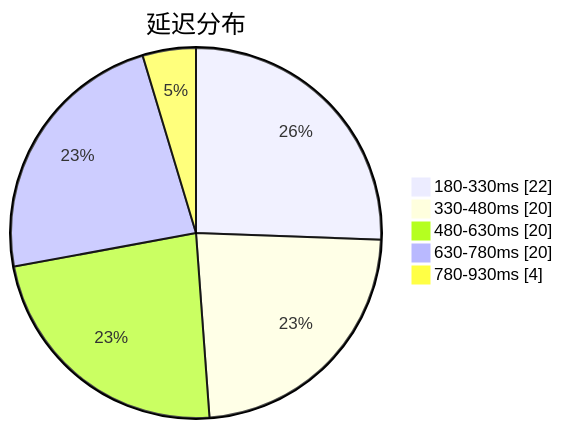
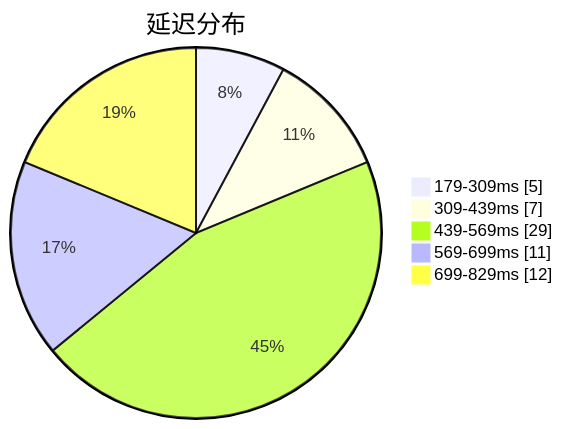
Before and after one commit to sinspired/airport: the first of 3 diagrams in subs/statistics/tested_within.md, drawn with Mermaid. The commit also changed other lines of this file and 2 other files, not shown here.

````diff
--- a/subs/statistics/tested_within.md
+++ b/subs/statistics/tested_within.md
@@ -2,9 +2,9 @@
 ```mermaid
 pie showData
 title 延迟分布
-"180-330ms" : 22
-"330-480ms" : 20
-"480-630ms" : 20
-"630-780ms" : 20
-"780-930ms" : 4
+"179-309ms" : 5
+"309-439ms" : 7
+"439-569ms" : 29
+"569-699ms" : 11
+"699-829ms" : 12
 ```
````
